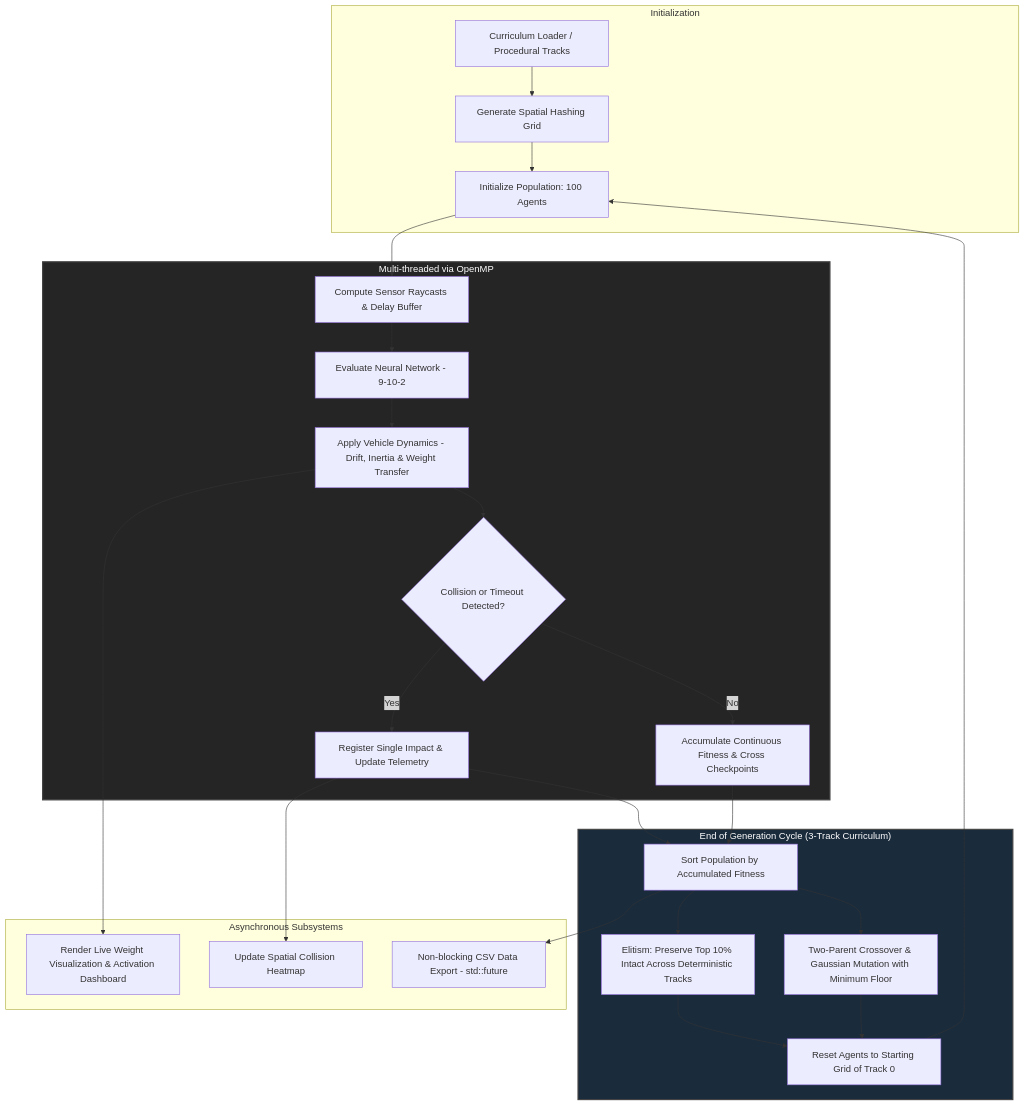
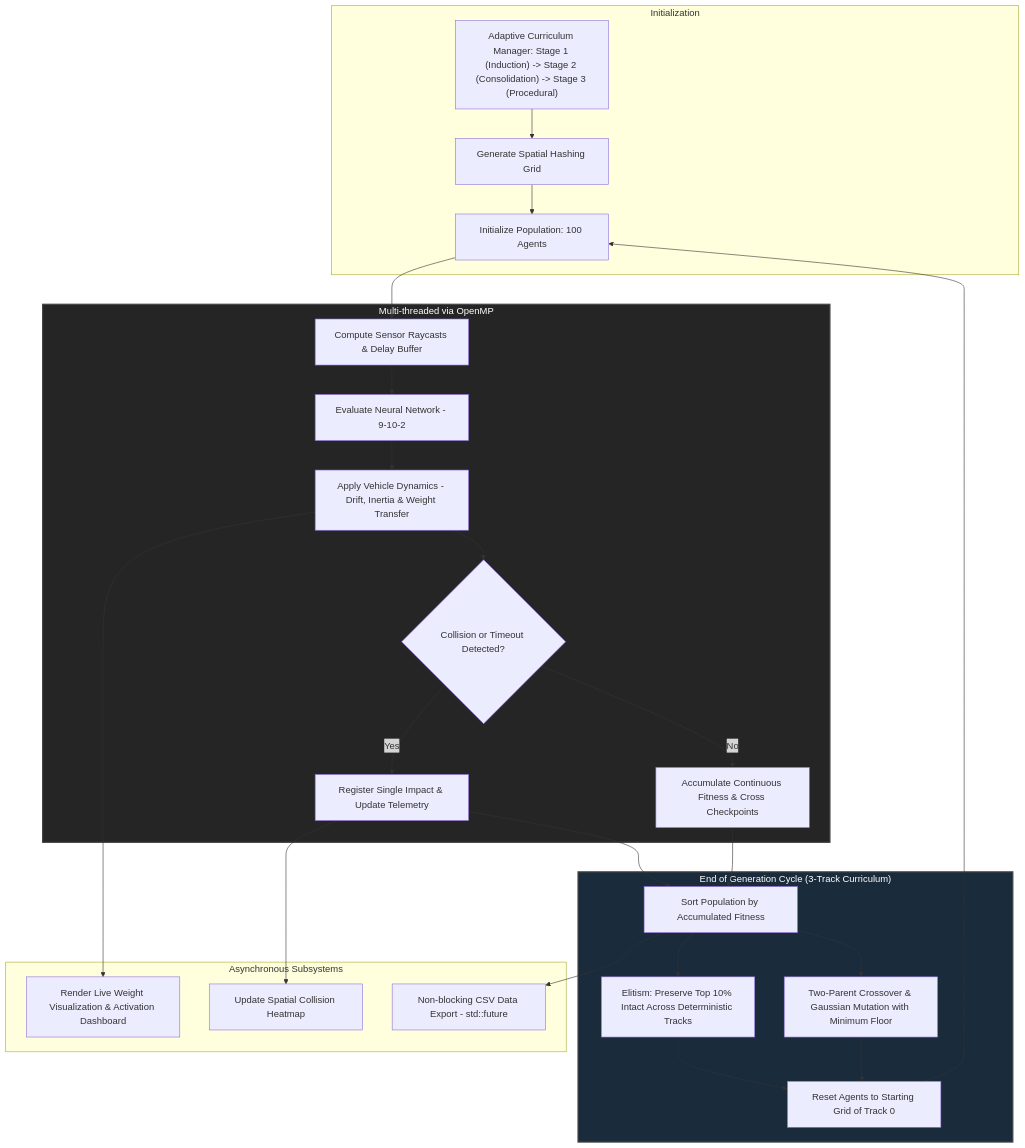
The diagram in README.md (jorgebd21/NeuralRacer-CPP), drawn with Mermaid before and after one commit. The commit also changed other lines of this file, not shown here.

Commit message:
docs: document 3-stage curriculum learning pipeline with procedural tracks

````diff
--- a/README.md
+++ b/README.md
@@ -49,33 +49,33 @@
 ```mermaid
 flowchart TD
     subgraph Initialization
-        A[Curriculum Loader / Procedural Tracks] --> B[Generate Spatial Hashing Grid]
+        A["Adaptive Curriculum Manager: Stage 1 (Induction) -> Stage 2 (Consolidation) -> Stage 3 (Procedural)"] --> B[Generate Spatial Hashing Grid]
         B --> C[Initialize Population: 100 Agents]
     end
 
     subgraph ParallelLoop ["Multi-threaded via OpenMP"]
         C --> D[Compute Sensor Raycasts & Delay Buffer]
         D --> E[Evaluate Neural Network - 9-10-2]
         E --> F[Apply Vehicle Dynamics - Drift, Inertia & Weight Transfer]
         F --> G{Collision or Timeout Detected?}
         G -- Yes --> H[Register Single Impact & Update Telemetry]
         G -- No --> I[Accumulate Continuous Fitness & Cross Checkpoints]
     end
 
     subgraph EvolutionaryPipeline ["End of Generation Cycle (3-Track Curriculum)"]
         H & I --> J[Sort Population by Accumulated Fitness]
         J --> K[Elitism: Preserve Top 10% Intact Across Deterministic Tracks]
         J --> L[Two-Parent Crossover & Gaussian Mutation with Minimum Floor]
         K & L --> M[Reset Agents to Starting Grid of Track 0]
         M --> C
     end
 
     subgraph AsyncSubsystems ["Asynchronous Subsystems"]
         F --> N[Render Live Weight Visualization & Activation Dashboard]
         H --> O[Update Spatial Collision Heatmap]
         J --> P[Non-blocking CSV Data Export - std::future]
     end
 
     style ParallelLoop fill:#252525,stroke:#444,stroke-width:2px,color:#fff
     style EvolutionaryPipeline fill:#1a2b3c,stroke:#444,stroke-width:2px,color:#fff
 ```
````
